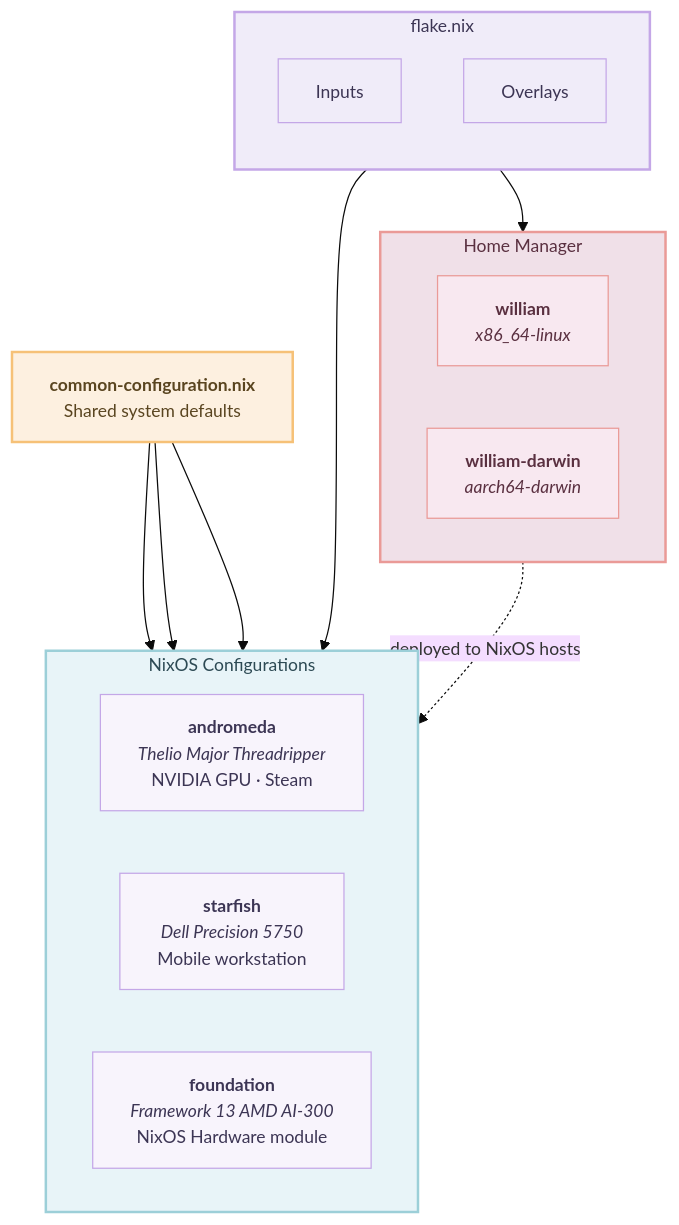
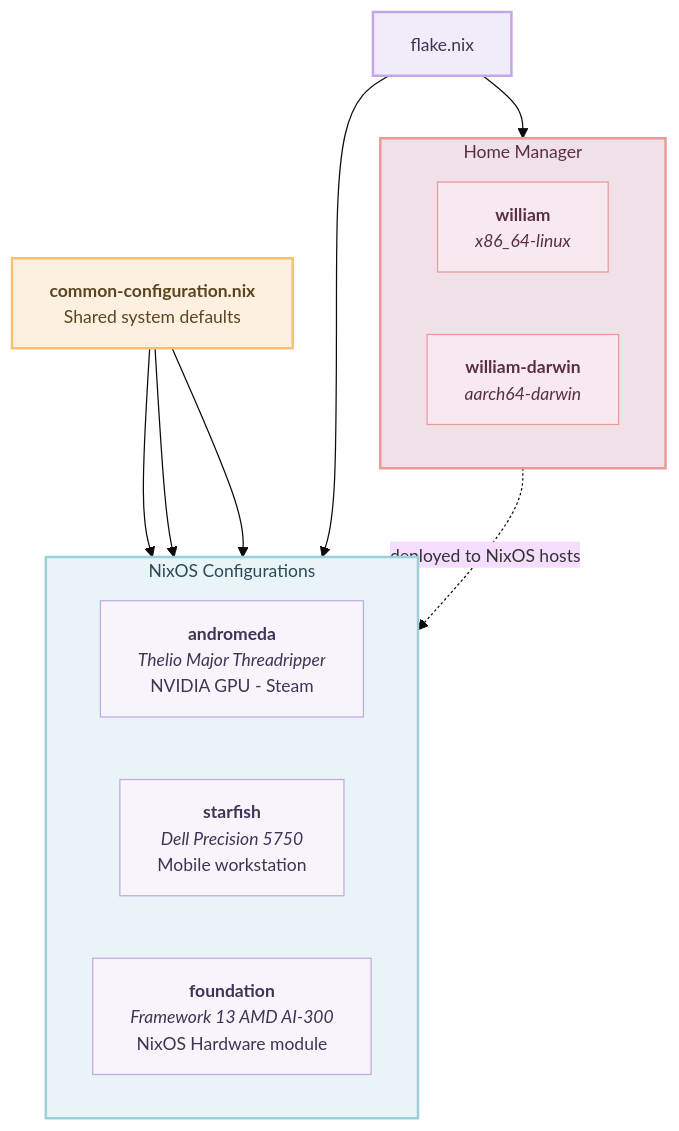
One commit to willfish/nix changed the first of 2 diagrams in README.md. Above: the diagram before and after it, drawn with Mermaid. The commit also changed other lines of this file and 4 other files, not shown here.

First line of the commit message:
Remove stale bin scripts and update README diagram

````diff
--- a/README.md
+++ b/README.md
@@ -9,42 +9,40 @@
 ```mermaid
 %%{init: {'theme': 'base', 'themeVariables': { 'fontSize': '14px', 'fontFamily': 'JetBrains Mono, monospace' }}}%%
 flowchart TB
-    subgraph flake [" flake.nix "]
-        direction TB
-        inputs["Inputs"]
-        overlay["Overlays"]
+    %% Top-level shared nodes
+    FLAKE[flake.nix]
+    COMMON["<b>common-configuration.nix</b><br/>Shared system defaults"]
+
+    %% NixOS host configurations
+    subgraph HOSTS ["NixOS Configurations"]
+        direction LR
+        ANDROMEDA["<b>andromeda</b><br/><i>Thelio Major Threadripper</i><br/>NVIDIA GPU - Steam"]
+        STARFISH["<b>starfish</b><br/><i>Dell Precision 5750</i><br/>Mobile workstation"]
+        FOUNDATION["<b>foundation</b><br/><i>Framework 13 AMD AI-300</i><br/>NixOS Hardware module"]
     end
 
-    subgraph hosts ["NixOS Configurations"]
+    %% Home Manager configurations
+    subgraph HM ["Home Manager"]
         direction LR
-        andromeda["<b>andromeda</b><br/><i>Thelio Major Threadripper</i><br/>NVIDIA GPU · Steam"]
-        starfish["<b>starfish</b><br/><i>Dell Precision 5750</i><br/>Mobile workstation"]
-        foundation["<b>foundation</b><br/><i>Framework 13 AMD AI-300</i><br/>NixOS Hardware module"]
+        HM_LINUX["<b>william</b><br/><i>x86_64-linux</i>"]
+        HM_DARWIN["<b>william-darwin</b><br/><i>aarch64-darwin</i>"]
     end
 
-    common["<b>common-configuration.nix</b><br/>Shared system defaults"]
-    subgraph hm ["Home Manager"]
-        direction LR
-        hm_linux["<b>william</b><br/><i>x86_64-linux</i>"]
-        hm_darwin["<b>william-darwin</b><br/><i>aarch64-darwin</i>"]
-    end
+    %% Relationships
+    FLAKE --> HOSTS
+    FLAKE --> HM
+    COMMON --> ANDROMEDA
+    COMMON --> STARFISH
+    COMMON --> FOUNDATION
+    HM_LINUX -.->|deployed to NixOS hosts| HOSTS
 
-    flake --> hosts
-    flake --> hm
-    common --> andromeda
-    common --> starfish
-    common --> foundation
-    hm_linux -.->|deployed to NixOS hosts| hosts
-
-    style flake fill:#f0ecf9,stroke:#c4a7e7,stroke-width:2px,color:#3c3554
-    style hosts fill:#e8f4f8,stroke:#9ccfd8,stroke-width:2px,color:#2d4a54
-    style common fill:#fdf0e0,stroke:#f6c177,stroke-width:2px,color:#5a4520
-    style hm fill:#f0e0e8,stroke:#ea9a97,stroke-width:2px,color:#5a3040
-    style hm_linux fill:#f8e8f0,stroke:#ea9a97,color:#5a3040
-    style hm_darwin fill:#f8e8f0,stroke:#ea9a97,color:#5a3040
-    style andromeda fill:#f8f4fc,stroke:#c4a7e7,color:#3c3554
-    style starfish fill:#f8f4fc,stroke:#c4a7e7,color:#3c3554
-    style foundation fill:#f8f4fc,stroke:#c4a7e7,color:#3c3554
-    style inputs fill:#f0ecf9,stroke:#c4a7e7,color:#3c3554
-    style overlay fill:#f0ecf9,stroke:#c4a7e7,color:#3c3554
+    style FLAKE fill:#f0ecf9,stroke:#c4a7e7,stroke-width:2px,color:#3c3554
+    style HOSTS fill:#e8f4f8,stroke:#9ccfd8,stroke-width:2px,color:#2d4a54
+    style COMMON fill:#fdf0e0,stroke:#f6c177,stroke-width:2px,color:#5a4520
+    style HM fill:#f0e0e8,stroke:#ea9a97,stroke-width:2px,color:#5a3040
+    style HM_LINUX fill:#f8e8f0,stroke:#ea9a97,color:#5a3040
+    style HM_DARWIN fill:#f8e8f0,stroke:#ea9a97,color:#5a3040
+    style ANDROMEDA fill:#f8f4fc,stroke:#c4a7e7,color:#3c3554
+    style STARFISH fill:#f8f4fc,stroke:#c4a7e7,color:#3c3554
+    style FOUNDATION fill:#f8f4fc,stroke:#c4a7e7,color:#3c3554
 ```
````
